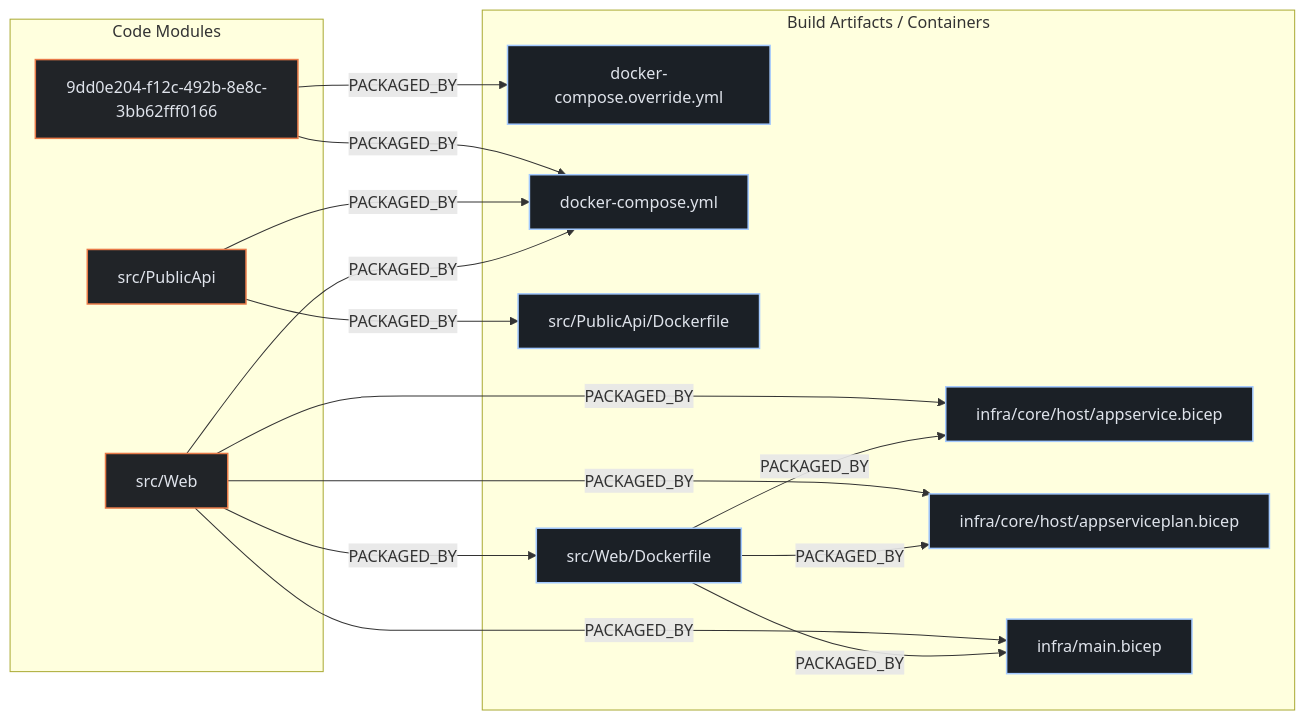
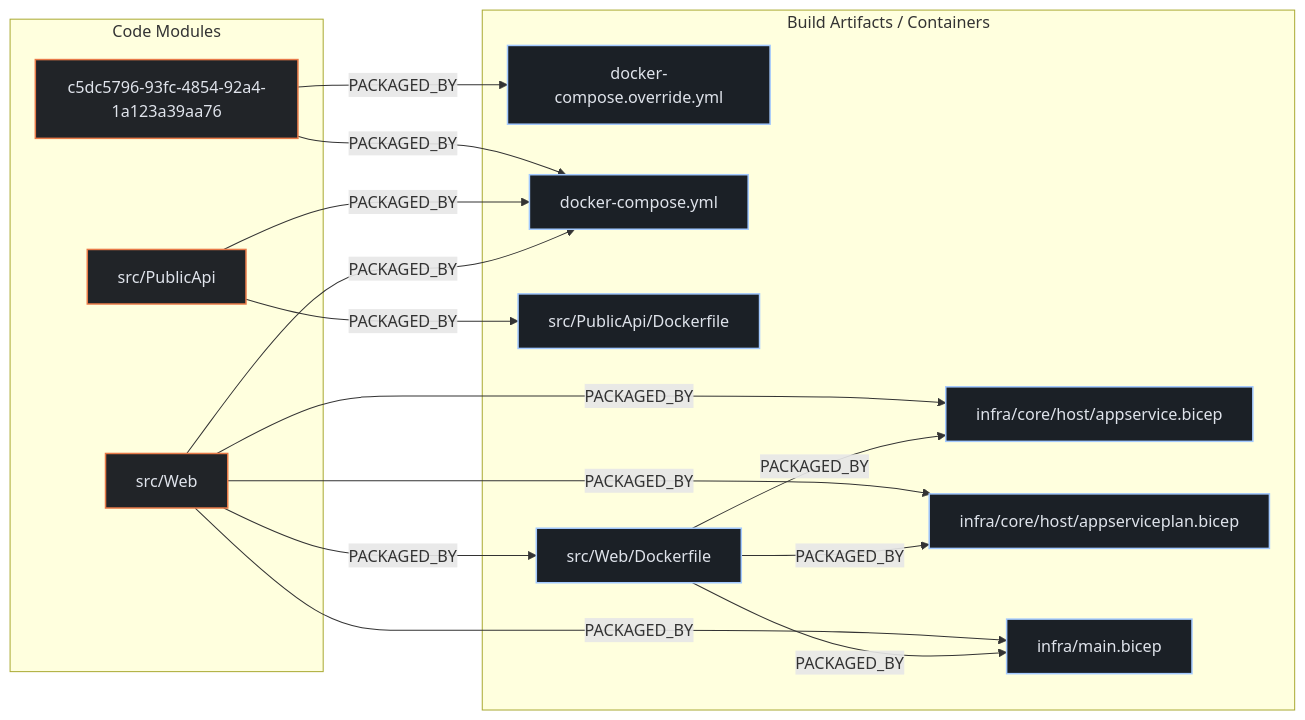
Before and after one commit to kumarshaz/atruss-code-atlas: the second of 3 diagrams in exports/latest/reports/dotnet-architecture-eShopOnWeb-report.md, drawn with Mermaid. The commit also changed other lines of this file and 27 other files, not shown here.

````diff
--- a/exports/latest/reports/dotnet-architecture-eShopOnWeb-report.md
+++ b/exports/latest/reports/dotnet-architecture-eShopOnWeb-report.md
@@ -193,34 +193,34 @@
 ```mermaid
 flowchart LR
     %% title: Code-to-Cloud Deployment Traceability
     classDef atlasCategory fill:#212428,stroke:#E87A48,stroke-width:1.5px,color:#dfe3eb
     classDef atlasWorkflow fill:#1b2026,stroke:#a3c9ff,stroke-width:1.5px,color:#dfe3eb
     classDef atlasJob fill:#171c22,stroke:#8d9199,stroke-width:1px,color:#dfe3eb
     classDef atlasTarget fill:#005227,stroke:#8bd99b,stroke-width:1.5px,color:#a7f6b6
     subgraph code_modules["Code Modules"]
-        mod_9dd0e204_f12c_492b_8e8c_3bb62fff0166["9dd0e204-f12c-492b-8e8c-3bb62fff0166"]:::atlasCategory
+        mod_c5dc5796_93fc_4854_92a4_1a123a39aa76["c5dc5796-93fc-4854-92a4-1a123a39aa76"]:::atlasCategory
         mod_src_PublicApi["src/PublicApi"]:::atlasCategory
         mod_src_Web["src/Web"]:::atlasCategory
     end
     subgraph build_artifacts["Build Artifacts / Containers"]
         art_docker_compose_override_yml["docker-compose.override.yml"]:::atlasWorkflow
         art_docker_compose_yml["docker-compose.yml"]:::atlasWorkflow
         art_infra_core_host_appservice_bicep["infra/core/host/appservice.bicep"]:::atlasWorkflow
         art_infra_core_host_appserviceplan_bicep["infra/core/host/appserviceplan.bicep"]:::atlasWorkflow
         art_infra_main_bicep["infra/main.bicep"]:::atlasWorkflow
         art_src_PublicApi_Dockerfile["src/PublicApi/Dockerfile"]:::atlasWorkflow
         art_src_Web_Dockerfile["src/Web/Dockerfile"]:::atlasWorkflow
     end
-    mod_9dd0e204_f12c_492b_8e8c_3bb62fff0166 -->|PACKAGED_BY| art_docker_compose_override_yml
-    mod_9dd0e204_f12c_492b_8e8c_3bb62fff0166 -->|PACKAGED_BY| art_docker_compose_yml
+    mod_c5dc5796_93fc_4854_92a4_1a123a39aa76 -->|PACKAGED_BY| art_docker_compose_override_yml
+    mod_c5dc5796_93fc_4854_92a4_1a123a39aa76 -->|PACKAGED_BY| art_docker_compose_yml
     mod_src_PublicApi -->|PACKAGED_BY| art_docker_compose_yml
     mod_src_PublicApi -->|PACKAGED_BY| art_src_PublicApi_Dockerfile
     mod_src_Web -->|PACKAGED_BY| art_docker_compose_yml
     mod_src_Web -->|PACKAGED_BY| art_src_Web_Dockerfile
     mod_src_Web -->|PACKAGED_BY| art_infra_core_host_appservice_bicep
     mod_src_Web -->|PACKAGED_BY| art_infra_core_host_appserviceplan_bicep
     mod_src_Web -->|PACKAGED_BY| art_infra_main_bicep
     art_src_Web_Dockerfile -->|PACKAGED_BY| art_infra_core_host_appservice_bicep
     art_src_Web_Dockerfile -->|PACKAGED_BY| art_infra_core_host_appserviceplan_bicep
     art_src_Web_Dockerfile -->|PACKAGED_BY| art_infra_main_bicep
 ```
````
